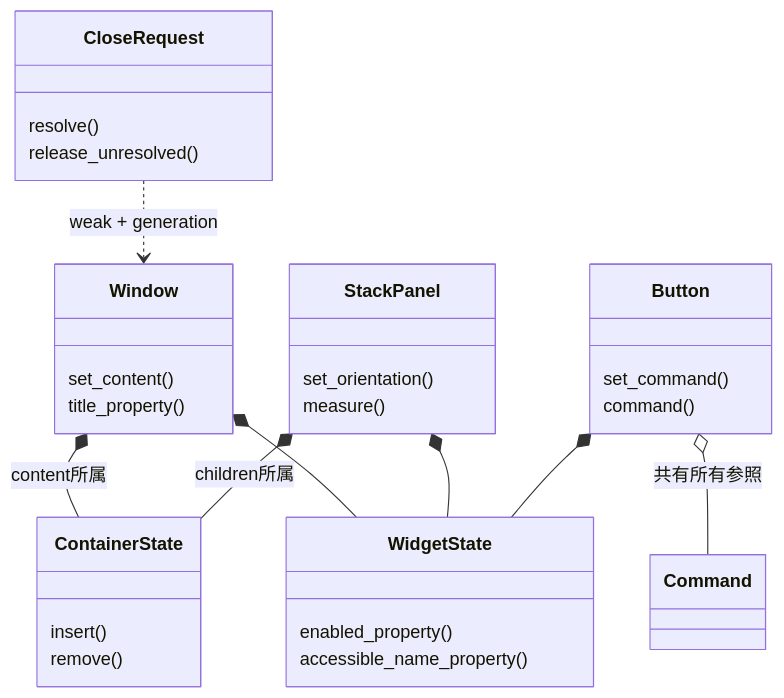
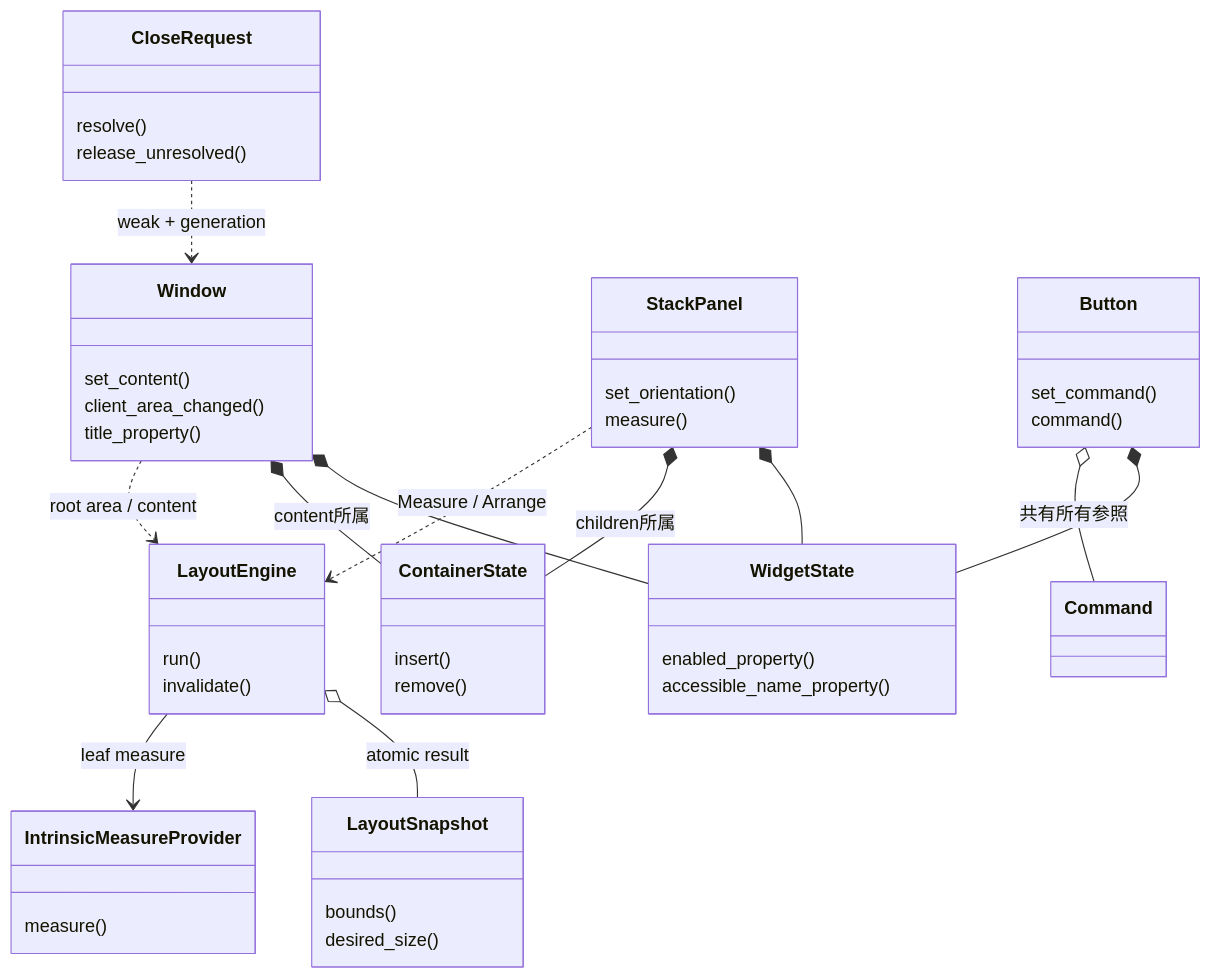
The third of 4 diagrams in .docs/13_detail_design/ui/controls.md (edamame-edame/freemvvm), drawn with Mermaid before and after one commit. The commit also changed other lines of this file and 10 other files, not shown here.

````diff
--- a/.docs/13_detail_design/ui/controls.md
+++ b/.docs/13_detail_design/ui/controls.md
@@ -185,36 +192,52 @@
 ```mermaid
 classDiagram
     direction TB
     class WidgetState {
         enabled_property()
         accessible_name_property()
     }
     class ContainerState {
         insert()
         remove()
     }
     class Window {
         set_content()
+        client_area_changed()
         title_property()
     }
     class StackPanel {
         set_orientation()
         measure()
     }
     class Button {
         set_command()
         command()
     }
     class Command
     class CloseRequest {
         resolve()
         release_unresolved()
     }
+    class LayoutEngine {
+        run()
+        invalidate()
+    }
+    class LayoutSnapshot {
+        bounds()
+        desired_size()
+    }
+    class IntrinsicMeasureProvider {
+        measure()
+    }
     Window *-- WidgetState
     Window *-- ContainerState : content所属
     StackPanel *-- WidgetState
     StackPanel *-- ContainerState : children所属
     Button *-- WidgetState
     Button o-- Command : 共有所有参照
+    Window ..> LayoutEngine : root area / content
+    StackPanel ..> LayoutEngine : Measure / Arrange
+    LayoutEngine o-- LayoutSnapshot : atomic result
+    LayoutEngine --> IntrinsicMeasureProvider : leaf measure
     CloseRequest ..> Window : weak + generation
 ```
````
